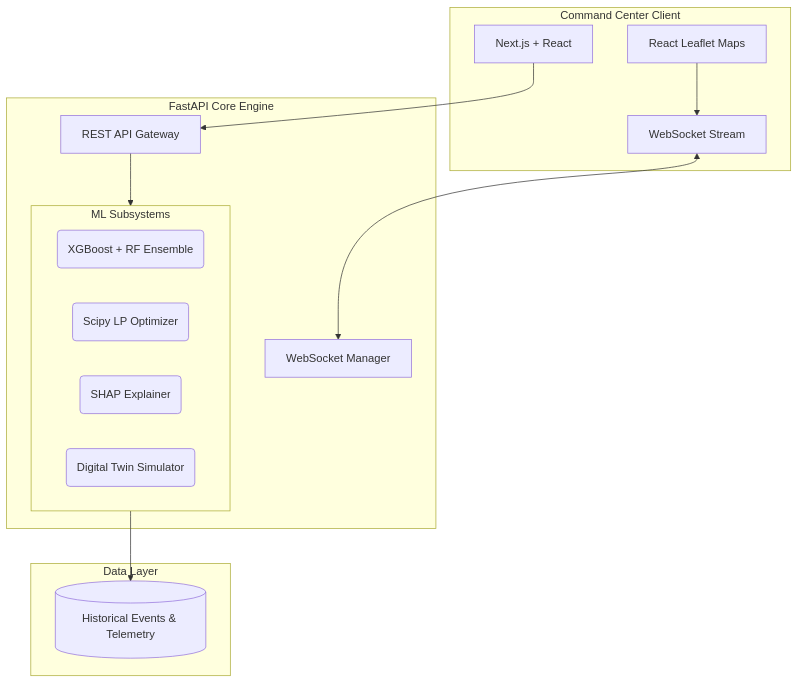
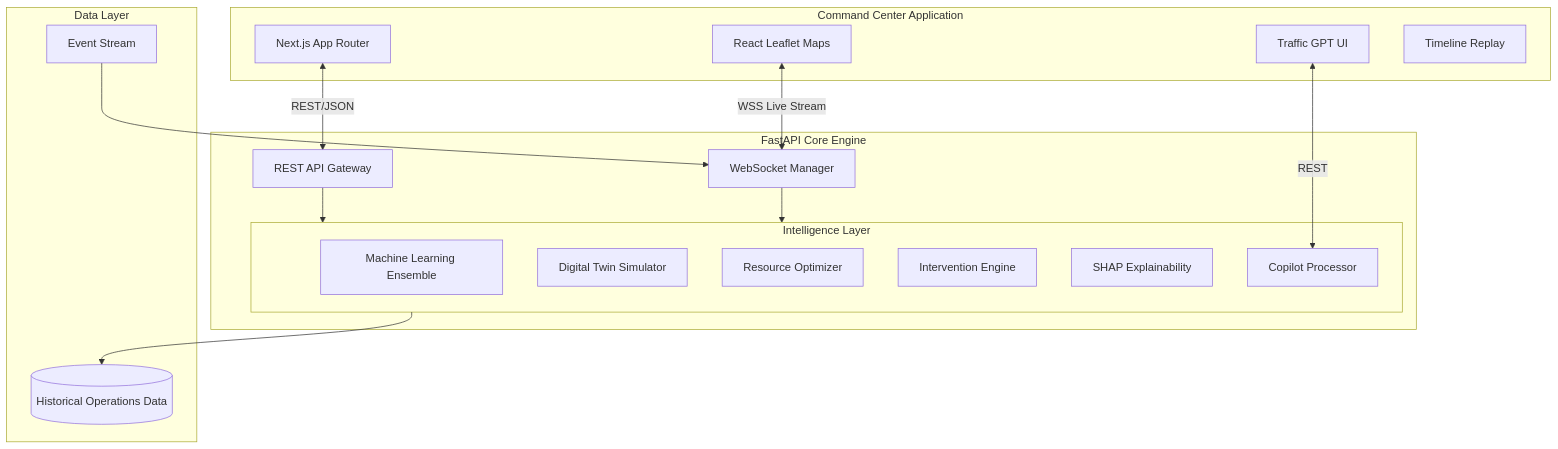
One commit to Sap1x/UrbanFlow-AI changed the first of 2 diagrams in README.md. Above: the diagram before and after it, drawn with Mermaid. The commit also changed other lines of this file, not shown here.

````diff
--- a/README.md
+++ b/README.md
@@ -28,30 +109,38 @@
 ```mermaid
 graph TD
-    subgraph Frontend [Command Center Client]
-        UI[Next.js + React]
+    subgraph Frontend [Command Center Application]
+        UI[Next.js App Router]
         GIS[React Leaflet Maps]
-        WS_Client[WebSocket Stream]
+        Copilot[Traffic GPT UI]
+        Timeline[Timeline Replay]
     end
 
     subgraph Backend [FastAPI Core Engine]
-        API[REST API Gateway]
+        Gateway[REST API Gateway]
         WS[WebSocket Manager]
         
-        subgraph Intelligence [ML Subsystems]
-            Ensemble(XGBoost + RF Ensemble)
-            Optim(Scipy LP Optimizer)
-            XAI(SHAP Explainer)
-            Sim(Digital Twin Simulator)
+        subgraph Subsystems [Intelligence Layer]
+            ML[Machine Learning Ensemble]
+            Sim[Digital Twin Simulator]
+            Opt[Resource Optimizer]
+            Interv[Intervention Engine]
+            XAI[SHAP Explainability]
+            NLP[Copilot Processor]
         end
     end
 
     subgraph Data [Data Layer]
-        Historical[(Historical Events & Telemetry)]
+        Kafka[Event Stream]
+        DB[(Historical Operations Data)]
     end
 
-    UI --> API
-    GIS --> WS_Client
-    WS_Client <--> WS
-    API --> Intelligence
-    Intelligence --> Historical
+    UI <--> |REST/JSON| Gateway
+    GIS <--> |WSS Live Stream| WS
+    Copilot <--> |REST| NLP
+    
+    Gateway --> Subsystems
+    WS --> Subsystems
+    
+    Subsystems --> DB
+    Kafka --> WS
 ```
````
